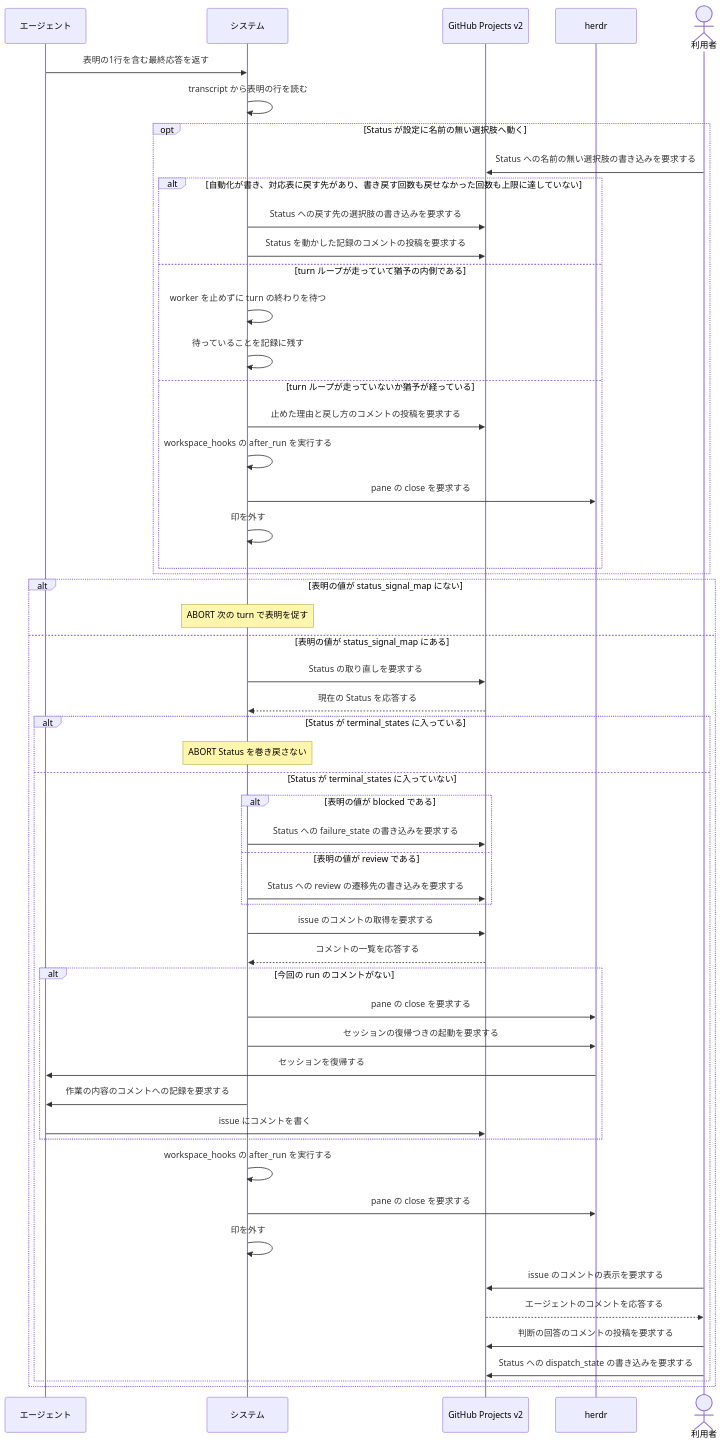
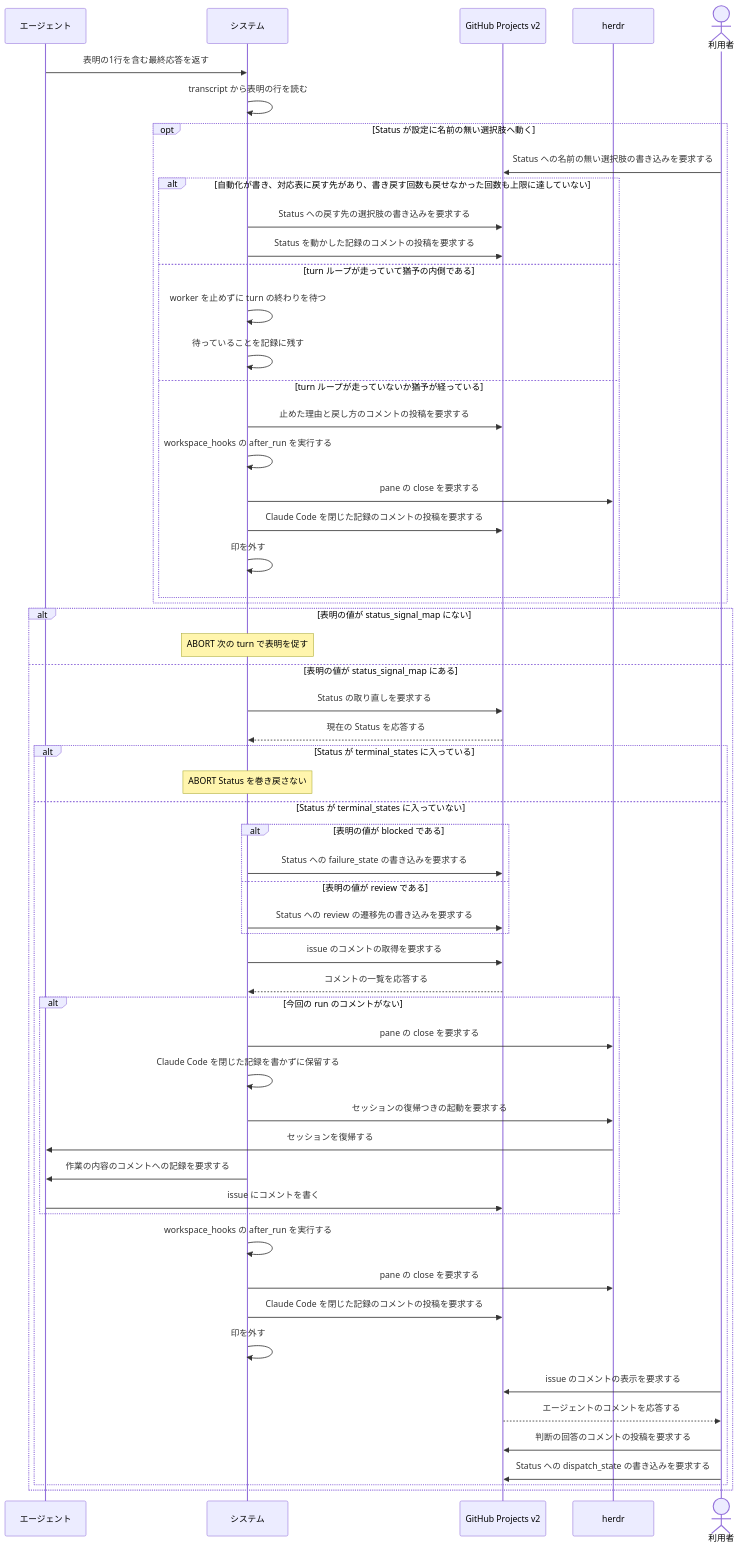
One commit to maimuzo/continuo changed the second of 2 diagrams in docs/spec/usecases/particular_case/人間に判断を渡す.rucm.md. Above: the diagram before and after it, drawn with Mermaid. The commit also changed other lines of this file and 84 other files, not shown here.

First line of the commit message:
人間が issue に書いた許可を最初のメッセージに付けて渡す Claude Code を閉じるたびに閉じた記録を書き、その記録より後に信頼できる立場の人間が書いたコメントを次の起動で渡す

````diff
--- a/docs/spec/usecases/particular_case/人間に判断を渡す.rucm.md
+++ b/docs/spec/usecases/particular_case/人間に判断を渡す.rucm.md
@@ -341,57 +348,60 @@
 ```mermaid
 sequenceDiagram
     participant CC as エージェント
     participant S as システム
     participant GH as GitHub Projects v2
     participant H as herdr
     actor U as 利用者
 
     CC->>S: 表明の1行を含む最終応答を返す
     S->>S: transcript から表明の行を読む
     opt Status が設定に名前の無い選択肢へ動く
         U->>GH: Status への名前の無い選択肢の書き込みを要求する
         alt 自動化が書き、対応表に戻す先があり、書き戻す回数も戻せなかった回数も上限に達していない
             S->>GH: Status への戻す先の選択肢の書き込みを要求する
             S->>GH: Status を動かした記録のコメントの投稿を要求する
         else turn ループが走っていて猶予の内側である
             S->>S: worker を止めずに turn の終わりを待つ
             S->>S: 待っていることを記録に残す
         else turn ループが走っていないか猶予が経っている
             S->>GH: 止めた理由と戻し方のコメントの投稿を要求する
             S->>S: workspace_hooks の after_run を実行する
             S->>H: pane の close を要求する
+            S->>GH: Claude Code を閉じた記録のコメントの投稿を要求する
             S->>S: 印を外す
         end
     end
     alt 表明の値が status_signal_map にない
         Note over S: ABORT 次の turn で表明を促す
     else 表明の値が status_signal_map にある
         S->>GH: Status の取り直しを要求する
         GH-->>S: 現在の Status を応答する
         alt Status が terminal_states に入っている
             Note over S: ABORT Status を巻き戻さない
         else Status が terminal_states に入っていない
             alt 表明の値が blocked である
                 S->>GH: Status への failure_state の書き込みを要求する
             else 表明の値が review である
                 S->>GH: Status への review の遷移先の書き込みを要求する
             end
             S->>GH: issue のコメントの取得を要求する
             GH-->>S: コメントの一覧を応答する
             alt 今回の run のコメントがない
                 S->>H: pane の close を要求する
+                S->>S: Claude Code を閉じた記録を書かずに保留する
                 S->>H: セッションの復帰つきの起動を要求する
                 H->>CC: セッションを復帰する
                 S->>CC: 作業の内容のコメントへの記録を要求する
                 CC->>GH: issue にコメントを書く
             end
             S->>S: workspace_hooks の after_run を実行する
             S->>H: pane の close を要求する
+            S->>GH: Claude Code を閉じた記録のコメントの投稿を要求する
             S->>S: 印を外す
             U->>GH: issue のコメントの表示を要求する
             GH-->>U: エージェントのコメントを応答する
             U->>GH: 判断の回答のコメントの投稿を要求する
             U->>GH: Status への dispatch_state の書き込みを要求する
         end
     end
 ```
````
